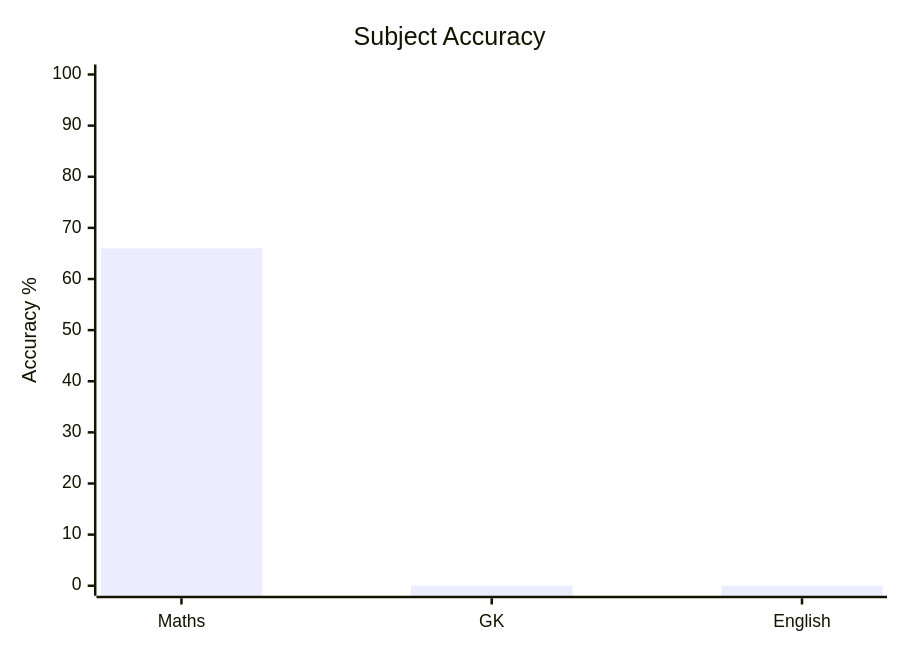
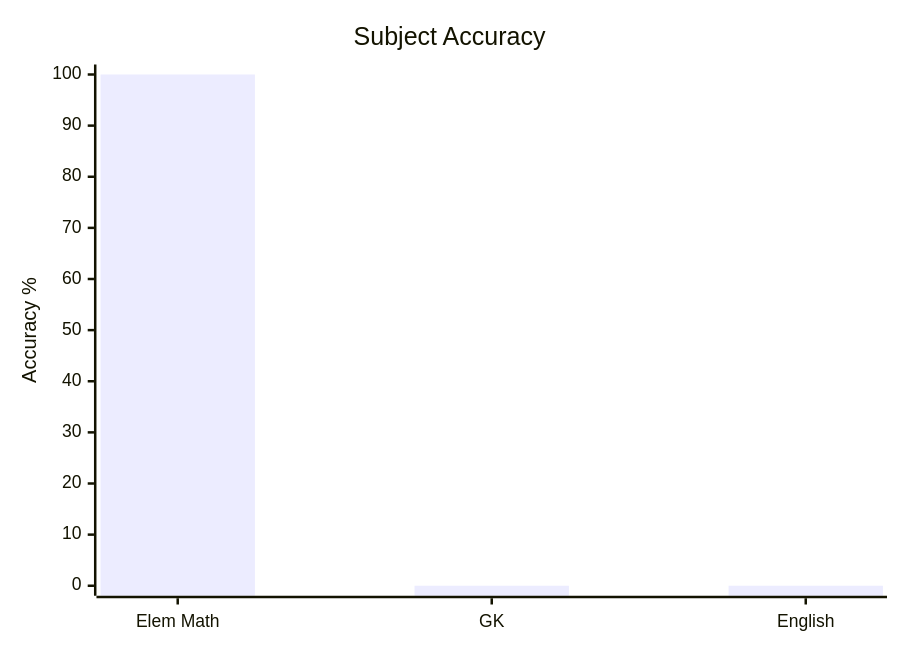
One commit to skc-coder/SAGE changed the first of 2 diagrams in content/cds/cds_overview.md. Above: the diagram before and after it, drawn with Mermaid. The commit also changed other lines of this file and 14 other files, not shown here.

````diff
--- a/content/cds/cds_overview.md
+++ b/content/cds/cds_overview.md
@@ -9,7 +17,7 @@
 ```mermaid
 xychart-beta
     title "Subject Accuracy"
-    x-axis ["Maths", "GK", "English"]
+    x-axis ["Elem Math", "GK", "English"]
     y-axis "Accuracy %" 0 --> 100
-    bar [66, 0, 0]
+    bar [100, 0, 0]
 ```
````
